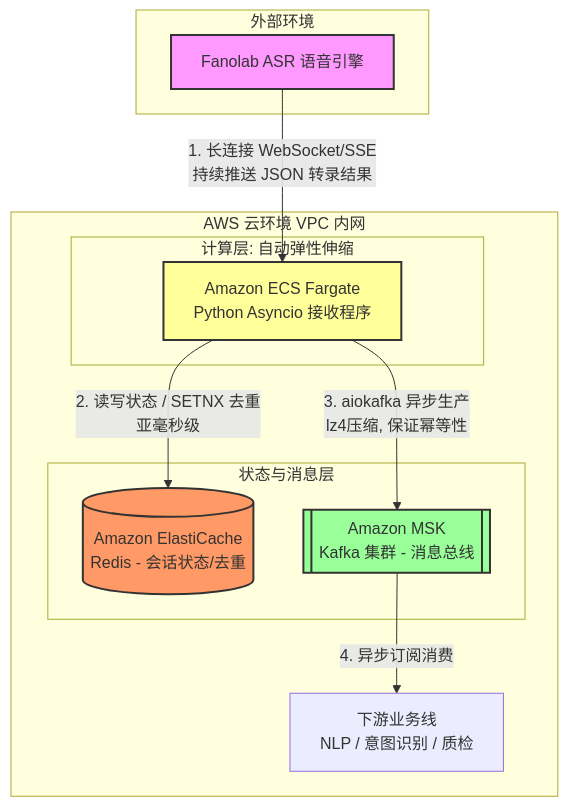
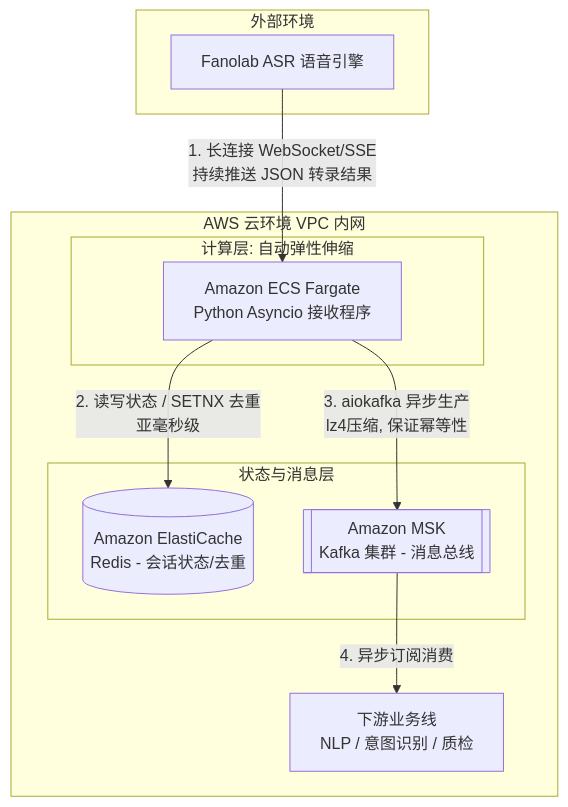
The first of 3 diagrams in 实时 ASR 转录接入与分发系统设计报告.md (xiaodouya001/transcribe_service), drawn with Mermaid before and after one commit. The commit also changed other lines of this file, not shown here.

Commit message:
Refactor ASR architecture documentation by removing redundant style definitions and improving note formatting in sequence diagram.

````diff
--- a/实时 ASR 转录接入与分发系统设计报告.md
+++ b/实时 ASR 转录接入与分发系统设计报告.md
@@ -9,29 +9,24 @@
 ```mermaid
 graph TD
     subgraph External[外部环境]
         Fanolab[Fanolab ASR 语音引擎]
     end
 
     subgraph AWS_Cloud[AWS 云环境 VPC 内网]
         subgraph Compute[计算层: 自动弹性伸缩]
             ECS[Amazon ECS Fargate<br/>Python Asyncio 接收程序]
         end
 
         subgraph Storage[状态与消息层]
             Redis[(Amazon ElastiCache<br/>Redis - 会话状态/去重)]
             MSK[[Amazon MSK<br/>Kafka 集群 - 消息总线]]
         end
 
         Downstream[下游业务线<br/>NLP / 意图识别 / 质检]
     end
 
     Fanolab -- "1. 长连接 WebSocket/SSE<br/>持续推送 JSON 转录结果" --> ECS
     ECS -- "2. 读写状态 / SETNX 去重<br/>亚毫秒级" --> Redis
     ECS -- "3. aiokafka 异步生产<br/>lz4压缩, 保证幂等性" --> MSK
     MSK -- "4. 异步订阅消费" --> Downstream
-
-    style Fanolab fill:#f9f,stroke:#333,stroke-width:2px
-    style ECS fill:#ff9,stroke:#333,stroke-width:2px
-    style Redis fill:#f96,stroke:#333,stroke-width:2px
-    style MSK fill:#9f9,stroke:#333,stroke-width:2px
 ```
````
